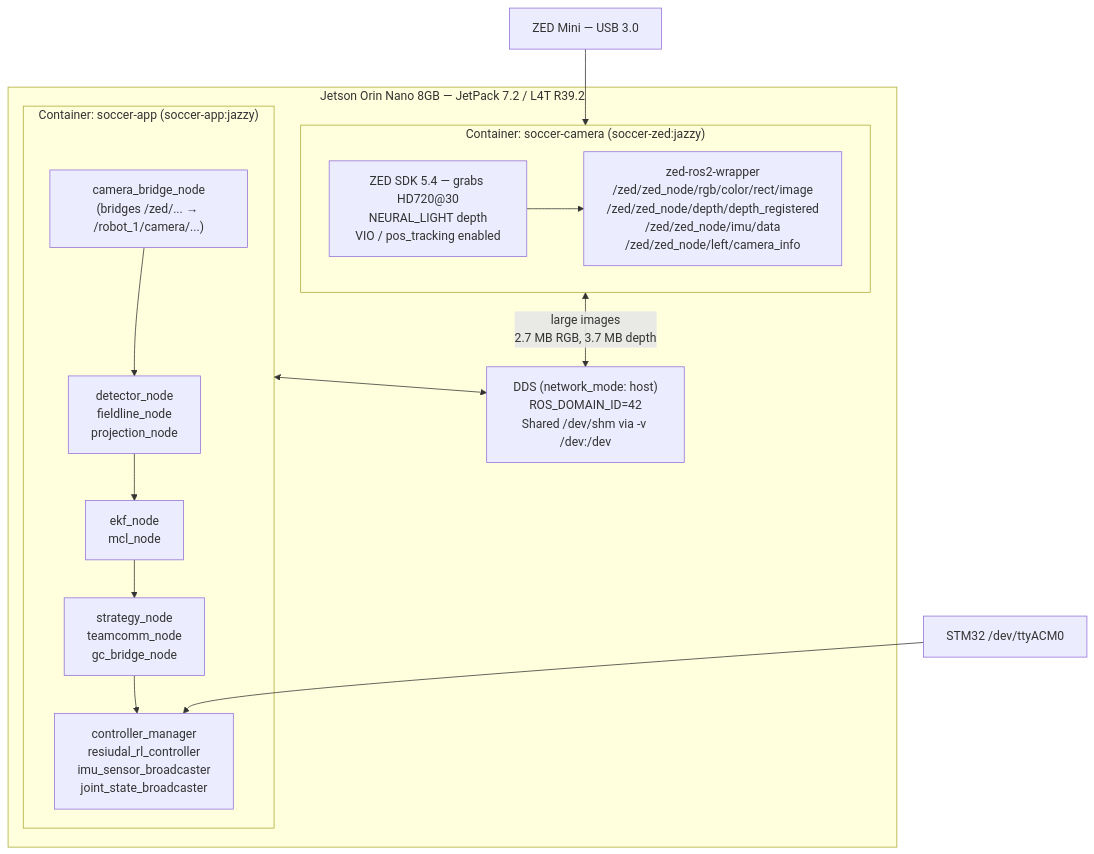
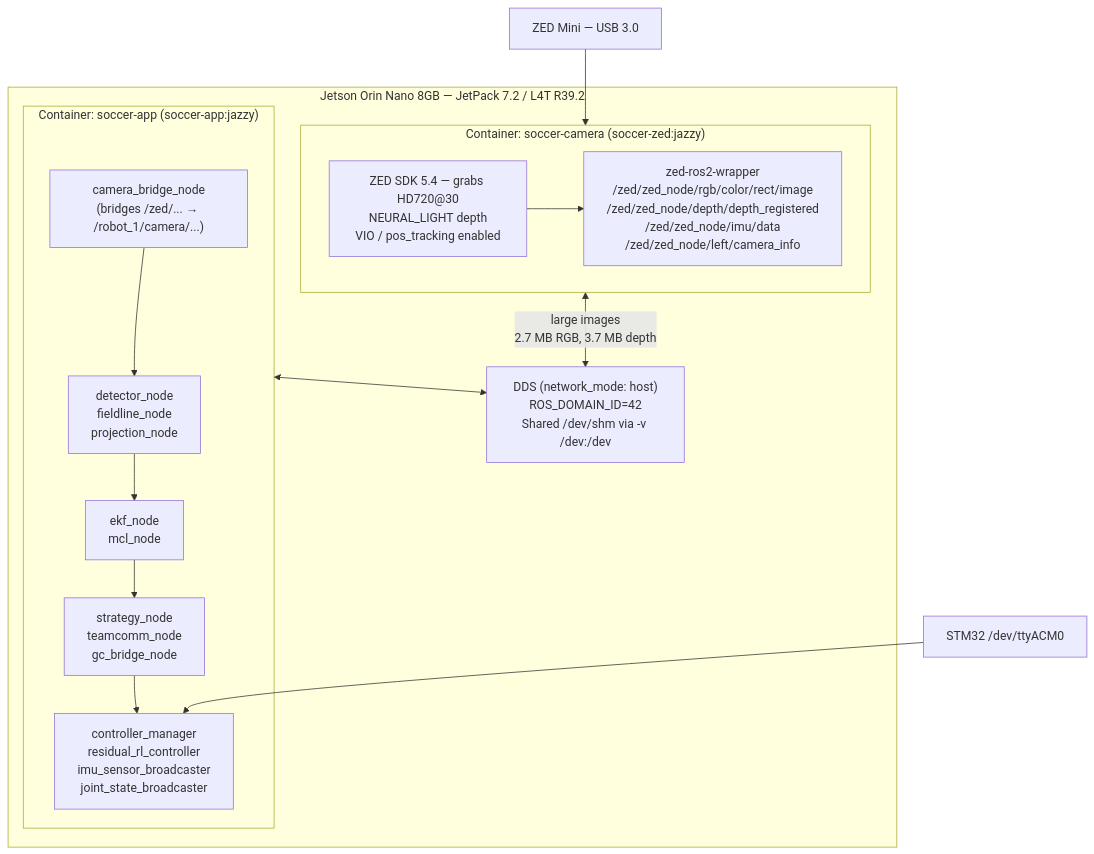
Before and after one commit to utra-robosoccer/soccer-software: the first of 3 diagrams in docs/bring_up_investigation_report.md, drawn with Mermaid. The commit also changed other lines of this file and 70 other files, not shown here.

````diff
--- a/docs/bring_up_investigation_report.md
+++ b/docs/bring_up_investigation_report.md
@@ -35,23 +36,23 @@
 ```mermaid
 graph TD
     subgraph Host["Jetson Orin Nano 8GB — JetPack 7.2 / L4T R39.2"]
         subgraph CAM["Container: soccer-camera (soccer-zed:jazzy)"]
-            ZED_SDK["ZED SDK 5.4 — grabs HD720@30\nNEURAL_LIGHT depth\nVIO / pos_tracking enabled"]
-            ZED_WRAP["zed-ros2-wrapper\n/zed/zed_node/rgb/color/rect/image\n/zed/zed_node/depth/depth_registered\n/zed/zed_node/imu/data\n/zed/zed_node/left/camera_info"]
+            ZED_SDK["ZED SDK 5.4 — grabs HD720@30<br/>NEURAL_LIGHT depth<br/>VIO / pos_tracking enabled"]
+            ZED_WRAP["zed-ros2-wrapper<br/>/zed/zed_node/rgb/color/rect/image<br/>/zed/zed_node/depth/depth_registered<br/>/zed/zed_node/imu/data<br/>/zed/zed_node/left/camera_info"]
             ZED_SDK --> ZED_WRAP
         end
         subgraph APP["Container: soccer-app (soccer-app:jazzy)"]
-            CAM_BRIDGE["camera_bridge_node\n(bridges /zed/... → /robot_1/camera/...)"]
-            PERC["detector_node\nfieldline_node\nprojection_node"]
-            LOC["ekf_node\nmcl_node"]
-            STRAT["strategy_node\nteamcomm_node\ngc_bridge_node"]
-            CTRL["controller_manager\nresiudal_rl_controller\nimu_sensor_broadcaster\njoint_state_broadcaster"]
+            CAM_BRIDGE["camera_bridge_node<br/>(bridges /zed/... → /robot_1/camera/...)"]
+            PERC["detector_node<br/>fieldline_node<br/>projection_node"]
+            LOC["ekf_node<br/>mcl_node"]
+            STRAT["strategy_node<br/>teamcomm_node<br/>gc_bridge_node"]
+            CTRL["controller_manager<br/>residual_rl_controller<br/>imu_sensor_broadcaster<br/>joint_state_broadcaster"]
             CAM_BRIDGE --> PERC --> LOC --> STRAT --> CTRL
         end
-        DDS["DDS (network_mode: host)\nROS_DOMAIN_ID=42\nShared /dev/shm via -v /dev:/dev"]
-        CAM <-->|"large images\n2.7 MB RGB, 3.7 MB depth"| DDS
+        DDS["DDS (network_mode: host)<br/>ROS_DOMAIN_ID=42<br/>Shared /dev/shm via -v /dev:/dev"]
+        CAM <-->|"large images<br/>2.7 MB RGB, 3.7 MB depth"| DDS
         APP <--> DDS
     end
     USB["ZED Mini — USB 3.0"] --> CAM
     MCU["STM32 /dev/ttyACM0"] --> CTRL
 ```
````
